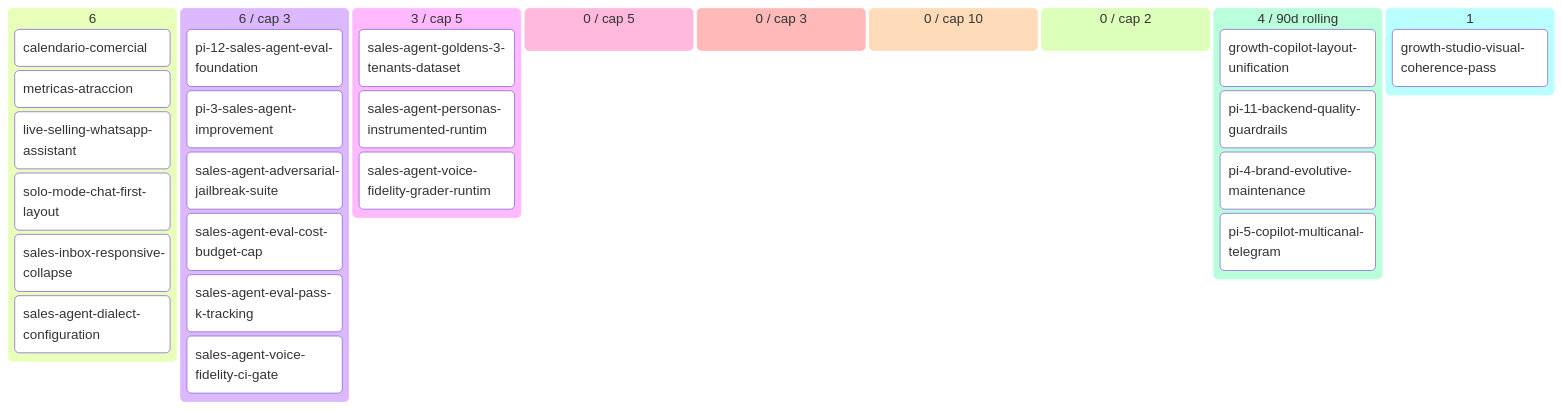
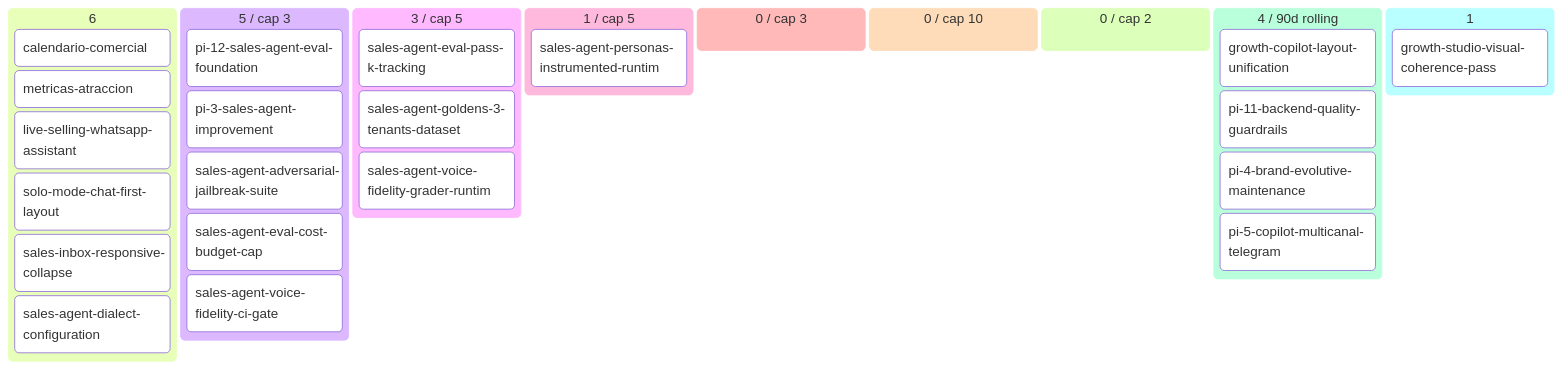
One commit to alpacapurpura/ap_sales_agent changed the diagram in docs/product/BACKLOG.md. Above: the diagram before and after it, drawn with Mermaid. The commit also changed other lines of this file and 6 other files, not shown here.

````diff
--- a/docs/product/BACKLOG.md
+++ b/docs/product/BACKLOG.md
@@ -57,32 +56,32 @@
 ```mermaid
 kanban
   💡 Ideas (6)
     calendario-comercial[calendario-comercial]
     metricas-atraccion[metricas-atraccion]
     live-selling-whatsapp-assistan[live-selling-whatsapp-assistant]
     solo-mode-chat-first-layout[solo-mode-chat-first-layout]
     sales-inbox-responsive-collaps[sales-inbox-responsive-collapse]
     sales-agent-dialect-configurat[sales-agent-dialect-configuration]
-  🔬 Refining (6 / cap 3)
+  🔬 Refining (5 / cap 3)
     pi-12-sales-agent-eval-foundat[pi-12-sales-agent-eval-foundation]
     pi-3-sales-agent-improvement[pi-3-sales-agent-improvement]
     sales-agent-adversarial-jailbr[sales-agent-adversarial-jailbreak-suite]
     sales-agent-eval-cost-budget-c[sales-agent-eval-cost-budget-cap]
-    sales-agent-eval-pass-k-tracki[sales-agent-eval-pass-k-tracking]
     sales-agent-voice-fidelity-ci-[sales-agent-voice-fidelity-ci-gate]
   ✅ Refined (3 / cap 5)
+    sales-agent-eval-pass-k-tracki[sales-agent-eval-pass-k-tracking]
     sales-agent-goldens-3-tenants-[sales-agent-goldens-3-tenants-dataset]
+    sales-agent-voice-fidelity-gra[sales-agent-voice-fidelity-grader-runtim]
+  📦 Ready (1 / cap 5)
     sales-agent-personas-instrumen[sales-agent-personas-instrumented-runtim]
-    sales-agent-voice-fidelity-gra[sales-agent-voice-fidelity-grader-runtim]
-  📦 Ready (0 / cap 5)
   🔨 Developing (0 / cap 3)
   🧪 Developed (0 / cap 10)
   🔍 Reviewing (0 / cap 2)
   ✅ Done (4 / 90d rolling)
     growth-copilot-layout-unificat[growth-copilot-layout-unification]
     pi-11-backend-quality-guardrai[pi-11-backend-quality-guardrails]
     pi-4-brand-evolutive-maintenan[pi-4-brand-evolutive-maintenance]
     pi-5-copilot-multicanal-telegr[pi-5-copilot-multicanal-telegram]
   🅿 Parked (1)
     growth-studio-visual-coherence[growth-studio-visual-coherence-pass]
 ```
````
